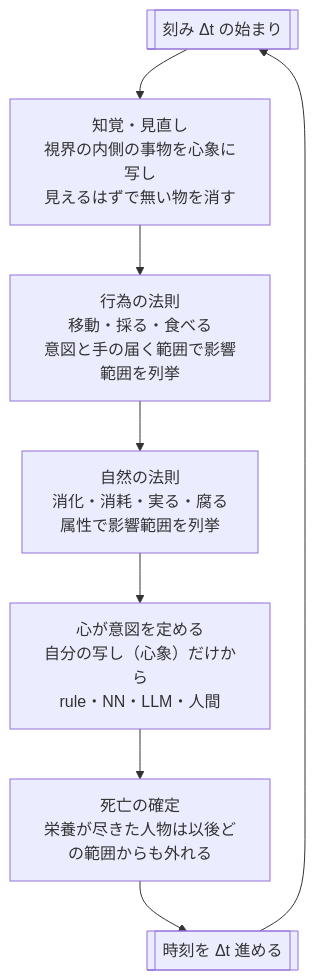
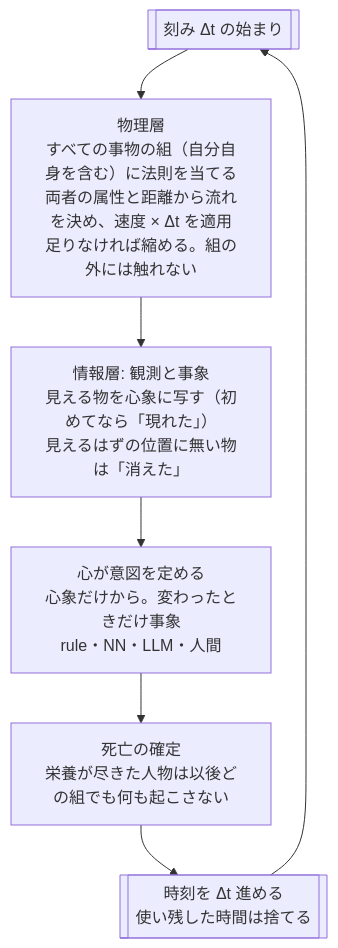
Before and after one commit to demerzel09/Medieval-Simulator: the second of 2 diagrams in docs/DESIGN.md, drawn with Mermaid. The commit also changed other lines of this file and 8 other files, not shown here.

````diff
--- a/docs/DESIGN.md
+++ b/docs/DESIGN.md
@@ -110,10 +121,9 @@
 ```mermaid
 flowchart TD
-  T0[["刻み Δt の始まり"]] --> S1["知覚・見直し<br/>視界の内側の事物を心象に写し<br/>見えるはずで無い物を消す"]
-  S1 --> S2["行為の法則<br/>移動・採る・食べる<br/>意図と手の届く範囲で影響範囲を列挙"]
-  S2 --> S3["自然の法則<br/>消化・消耗・実る・腐る<br/>属性で影響範囲を列挙"]
-  S3 --> S4["心が意図を定める<br/>自分の写し（心象）だけから<br/>rule・NN・LLM・人間"]
-  S4 --> S5["死亡の確定<br/>栄養が尽きた人物は以後どの範囲からも外れる"]
-  S5 --> T1[["時刻を Δt 進める"]]
+  T0[["刻み Δt の始まり"]] --> P["物理層<br/>すべての事物の組（自分自身を含む）に法則を当てる<br/>両者の属性と距離から流れを決め、速度 × Δt を適用<br/>足りなければ縮める。組の外には触れない"]
+  P --> O["情報層: 観測と事象<br/>見える物を心象に写す（初めてなら「現れた」）<br/>見えるはずの位置に無い物は「消えた」"]
+  O --> M["心が意図を定める<br/>心象だけから。変わったときだけ事象<br/>rule・NN・LLM・人間"]
+  M --> D["死亡の確定<br/>栄養が尽きた人物は以後どの組でも何も起こさない"]
+  D --> T1[["時刻を Δt 進める<br/>使い残した時間は捨てる"]]
   T1 --> T0
 ```
````
